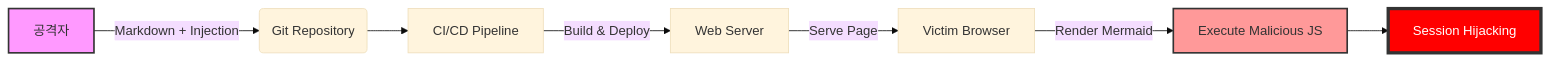
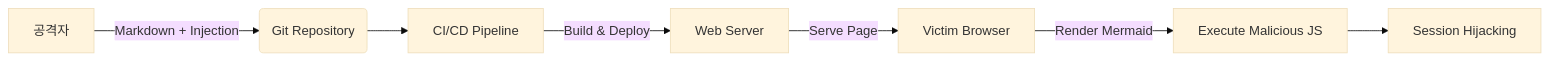
The diagram in content/post/DevOps/-Git-Publisher-Mermaid-다이어그램-렌더링-테스트-및-검증/index.md (rebugui/rebugui.github.io), drawn with Mermaid (base theme) before and after one commit. The commit also changed 14 other files, not shown here.

First line of the commit message:
fix: 최근 3일간 블로그 Mermaid 다이어그램 스타일 제거

````diff
--- a/content/post/DevOps/-Git-Publisher-Mermaid-다이어그램-렌더링-테스트-및-검증/index.md
+++ b/content/post/DevOps/-Git-Publisher-Mermaid-다이어그램-렌더링-테스트-및-검증/index.md
@@ -40,13 +40,10 @@
 ```mermaid
 graph LR
     A[공격자] -->|Markdown + Injection| B(Git Repository)
     B --> C[CI/CD Pipeline]
     C -->|Build & Deploy| D[Web Server]
     D -->|Serve Page| E[Victim Browser]
     E -->|Render Mermaid| F[Execute Malicious JS]
     F --> G[Session Hijacking]
     
-    style A fill:#f9f,stroke:#333,stroke-width:2px
-    style F fill:#f99,stroke:#333,stroke-width:2px
-    style G fill:#f00,stroke:#333,stroke-width:4px,color:#fff
 ```
````
